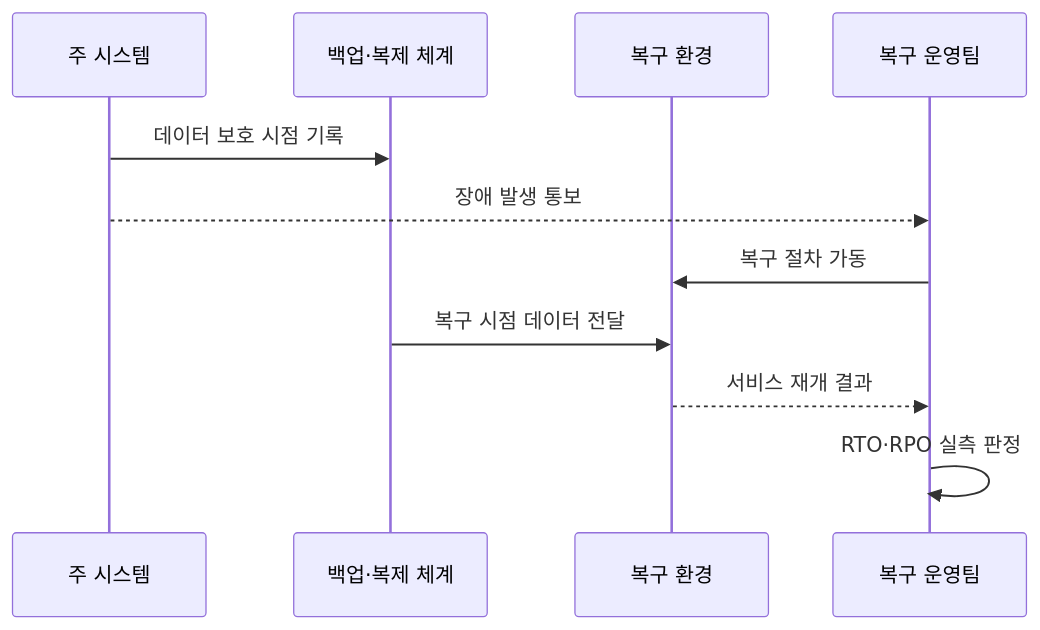
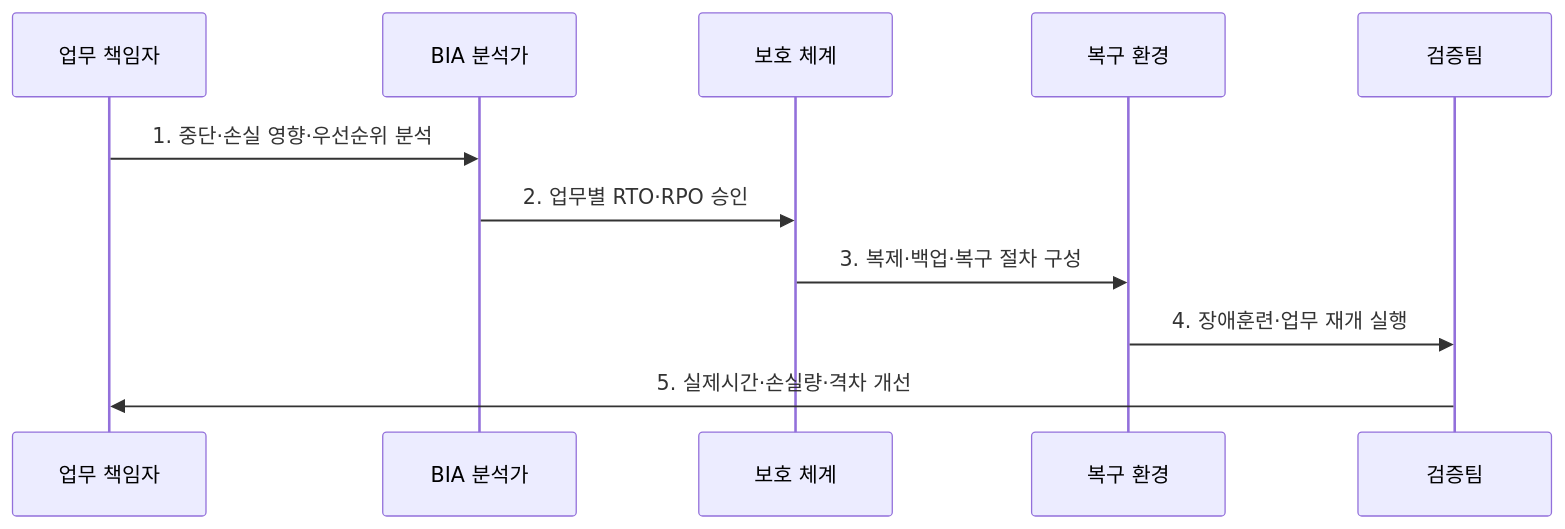
Before and after one commit to agnusdei1207/knowledge-base: the second of 2 diagrams in src/content/docs/notes/06-evaluation/020_rto_rpo.md, drawn with Mermaid. The commit also changed other lines of this file and 6 other files, not shown here.

````diff
--- a/src/content/docs/notes/06-evaluation/020_rto_rpo.md
+++ b/src/content/docs/notes/06-evaluation/020_rto_rpo.md
@@ -82,13 +83,13 @@
 ```mermaid
 sequenceDiagram
-    participant P as 주 시스템
-    participant B as 백업·복제 체계
-    participant R as 복구 환경
-    participant O as 복구 운영팀
-    P->>B: 데이터 보호 시점 기록
-    P-->>O: 장애 발생 통보
-    O->>R: 복구 절차 가동
-    B->>R: 복구 시점 데이터 전달
-    R-->>O: 서비스 재개 결과
-    O->>O: RTO·RPO 실측 판정
+  participant O as 업무 책임자
+  participant A as BIA 분석가
+  participant B as 보호 체계
+  participant R as 복구 환경
+  participant V as 검증팀
+  O->>A: 1. 중단·손실 영향·우선순위 분석
+  A->>B: 2. 업무별 RTO·RPO 승인
+  B->>R: 3. 복제·백업·복구 절차 구성
+  R->>V: 4. 장애훈련·업무 재개 실행
+  V->>O: 5. 실제시간·손실량·격차 개선
 ```
````
